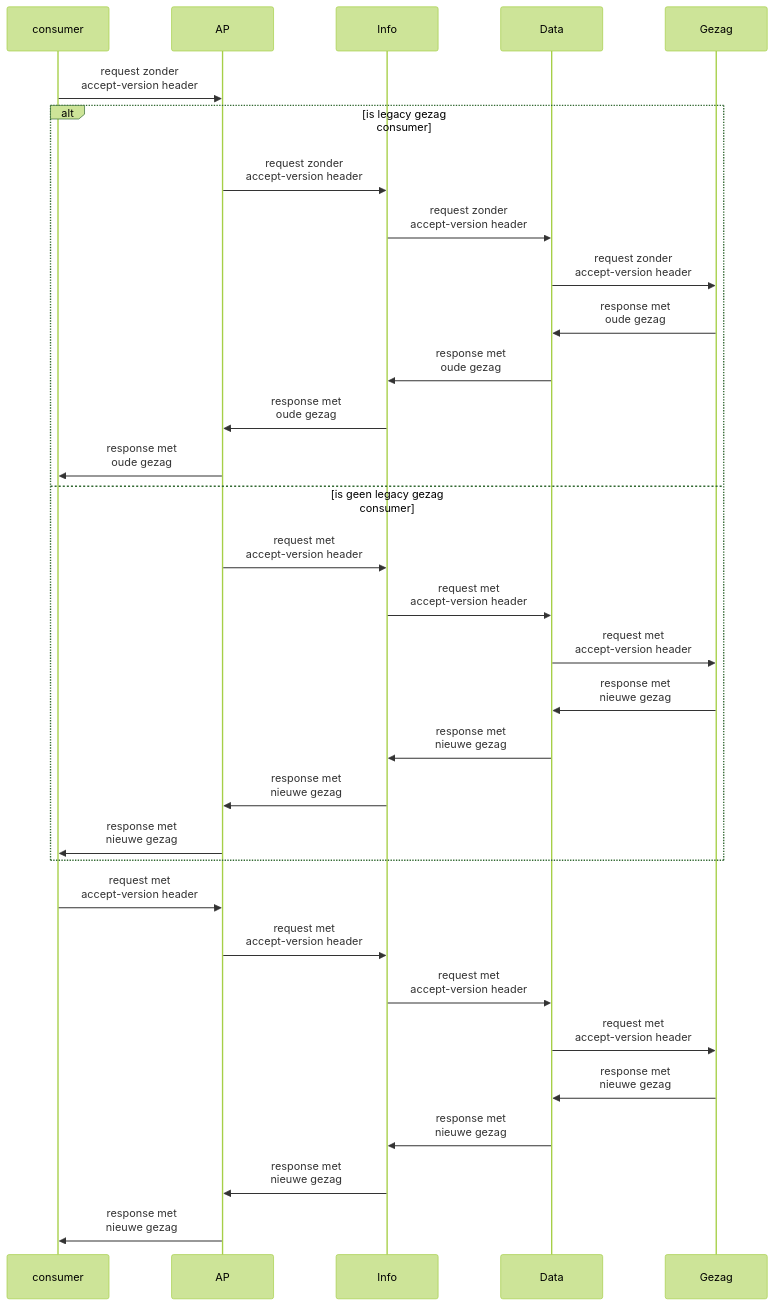
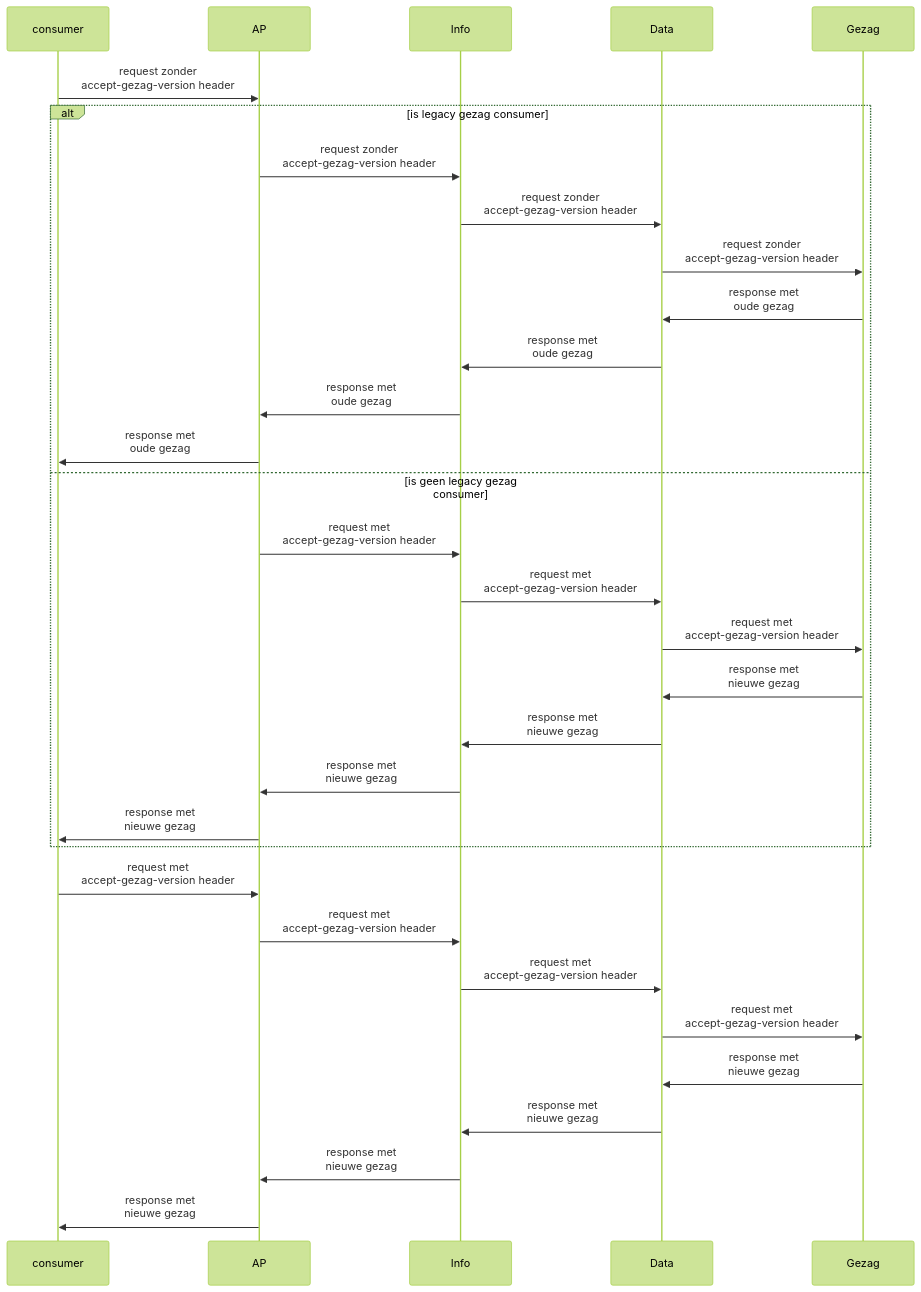
The diagram in docs/adr/000x-gezagsrelatie-versioning-strategie.md (BRP-API/brp-shared-dotnet), drawn with Mermaid (forest theme) before and after one commit. The commit also changed other lines of this file, not shown here.

Commit message:
chore: aanpassingen nav feedback

````diff
--- a/docs/adr/000x-gezagsrelatie-versioning-strategie.md
+++ b/docs/adr/000x-gezagsrelatie-versioning-strategie.md
@@ -35,29 +35,29 @@
 ``` mermaid
 sequenceDiagram
-    consumer->>AP:request zonder<br>accept-version header
+    consumer->>AP:request zonder<br>accept-gezag-version header
     alt is legacy gezag consumer
-    AP->>Info:request zonder<br>accept-version header
-    Info->>Data:request zonder<br>accept-version header
-    Data->>Gezag:request zonder<br>accept-version header
+    AP->>Info:request zonder<br>accept-gezag-version header
+    Info->>Data:request zonder<br>accept-gezag-version header
+    Data->>Gezag:request zonder<br>accept-gezag-version header
     Gezag->>Data:response met<br>oude gezag
     Data->>Info:response met<br>oude gezag
     Info->>AP:response met<br>oude gezag
     AP->>consumer:response met<br>oude gezag
     else is geen legacy gezag consumer
-    AP->>Info:request met<br>accept-version header
-    Info->>Data:request met<br>accept-version header
-    Data->>Gezag:request met<br>accept-version header
+    AP->>Info:request met<br>accept-gezag-version header
+    Info->>Data:request met<br>accept-gezag-version header
+    Data->>Gezag:request met<br>accept-gezag-version header
     Gezag->>Data:response met<br>nieuwe gezag
     Data->>Info:response met<br>nieuwe gezag
     Info->>AP:response met<br>nieuwe gezag
     AP->>consumer:response met<br>nieuwe gezag
     end
-    consumer->>AP:request met<br>accept-version header
-    AP->>Info:request met<br>accept-version header
-    Info->>Data:request met<br>accept-version header
-    Data->>Gezag:request met<br>accept-version header
+    consumer->>AP:request met<br>accept-gezag-version header
+    AP->>Info:request met<br>accept-gezag-version header
+    Info->>Data:request met<br>accept-gezag-version header
+    Data->>Gezag:request met<br>accept-gezag-version header
     Gezag->>Data:response met<br>nieuwe gezag
     Data->>Info:response met<br>nieuwe gezag
     Info->>AP:response met<br>nieuwe gezag
     AP->>consumer:response met<br>nieuwe gezag
 ```
````
